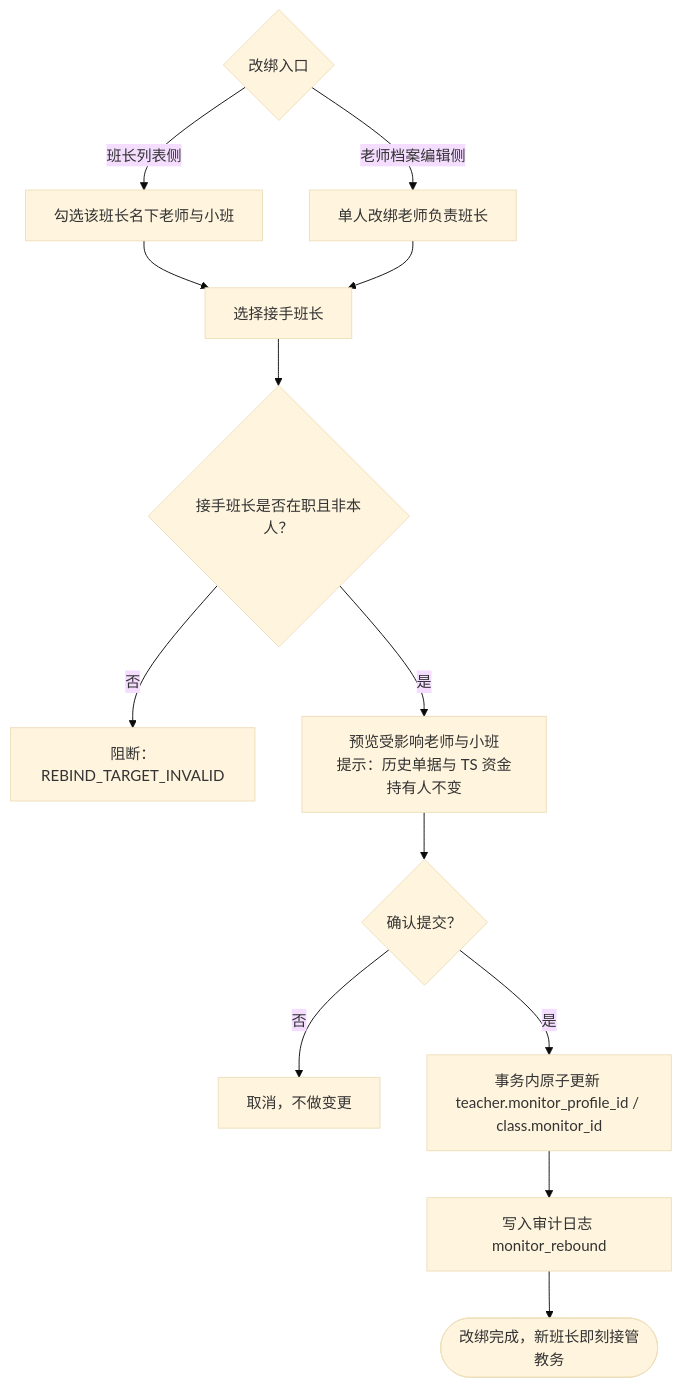
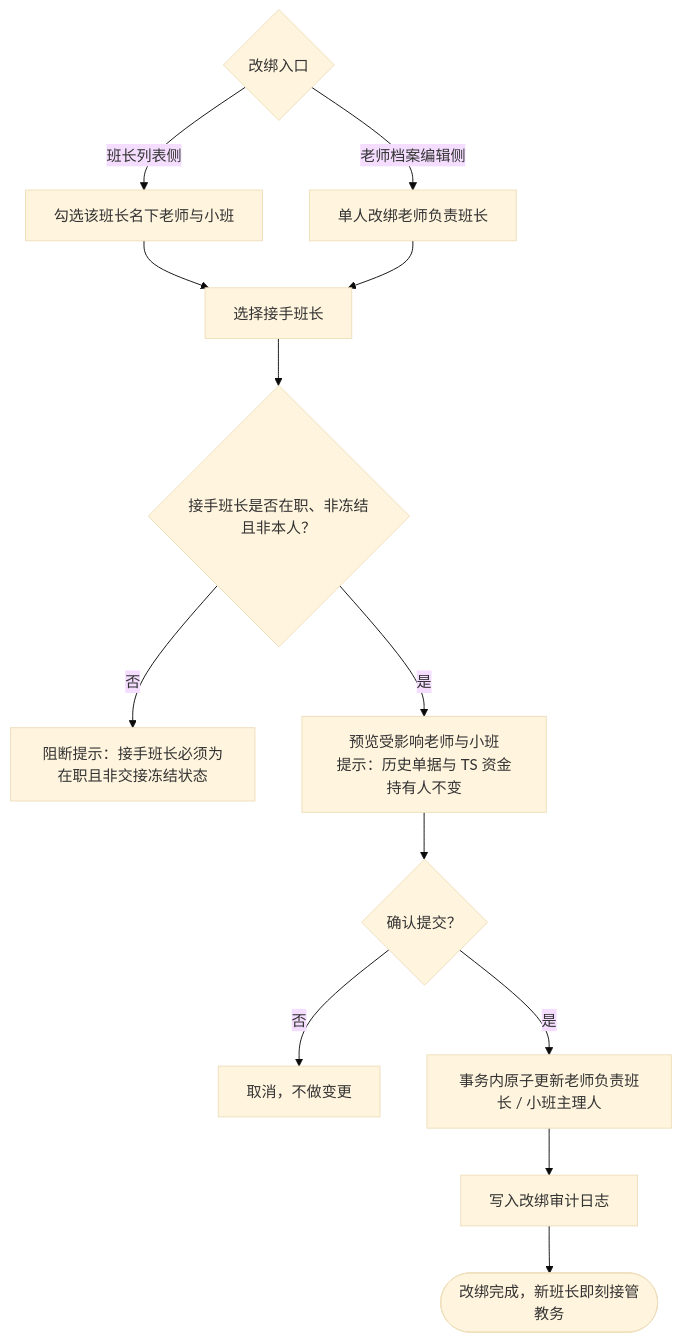
Before and after one commit to Onezao/dream: the third of 8 diagrams in docs/prd/m1b_teacher_profile.md, drawn with Mermaid (base theme). The commit also changed other lines of this file and 38 other files, not shown here.

````diff
--- a/docs/prd/m1b_teacher_profile.md
+++ b/docs/prd/m1b_teacher_profile.md
@@ -104,16 +128,16 @@
 ```mermaid
 flowchart TD
     Entry{"改绑入口"}
     Entry -->|"班长列表侧"| Bulk["勾选该班长名下老师与小班"]
     Entry -->|"老师档案编辑侧"| Single["单人改绑老师负责班长"]
     Bulk --> Pick["选择接手班长"]
     Single --> Pick
-    Pick --> Valid{"接手班长是否在职且非本人？"}
-    Valid -->|"否"| Err["阻断：REBIND_TARGET_INVALID"]
+    Pick --> Valid{"接手班长是否在职、非冻结且非本人？"}
+    Valid -->|"否"| Err["阻断提示：接手班长必须为在职且非交接冻结状态"]
     Valid -->|"是"| Preview["预览受影响老师与小班<br/>提示：历史单据与 TS 资金持有人不变"]
     Preview --> Confirm{"确认提交？"}
     Confirm -->|"否"| Cancel["取消，不做变更"]
-    Confirm -->|"是"| Tx["事务内原子更新 teacher.monitor_profile_id / class.monitor_id"]
-    Tx --> Audit["写入审计日志 monitor_rebound"]
+    Confirm -->|"是"| Tx["事务内原子更新老师负责班长 / 小班主理人"]
+    Tx --> Audit["写入改绑审计日志"]
     Audit --> Done(["改绑完成，新班长即刻接管教务"])
 ```
````
